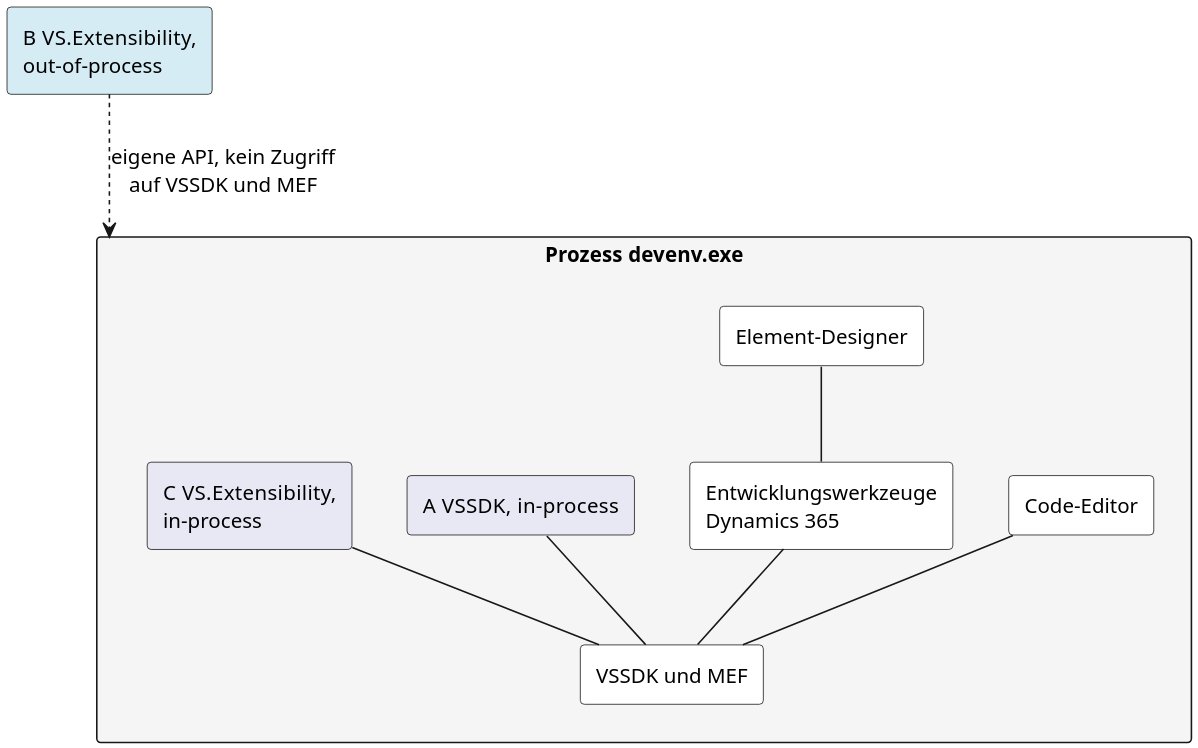
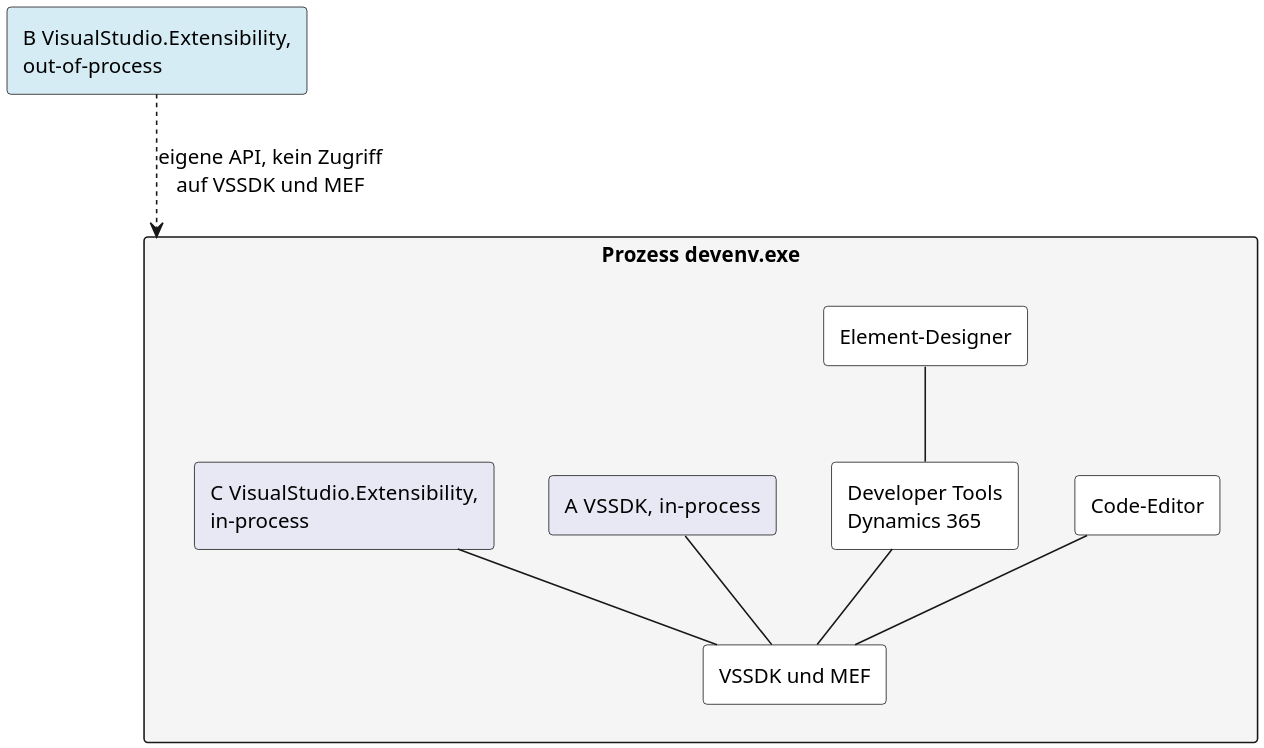
One commit to Adyrem/diploma-label-localization changed the diagram in documentation/diagrams/Extensionmodelle.puml. Above: the diagram before and after it, drawn with PlantUML. The commit also changed 7 other files, not shown here.

```diff
--- a/documentation/diagrams/Extensionmodelle.puml
+++ b/documentation/diagrams/Extensionmodelle.puml
@@ -1,33 +1,33 @@
 @startuml
 ' Prozessgrenze der drei Extension-Modelle aus V4.
 ' Zeigt, warum der Betrieb ausserhalb des Prozesses den Zugriff
 ' auf VSSDK und MEF ausschliesst.
 ' Rendern: plantuml -tpng -charset UTF-8 Extensionmodelle.puml
 ' Höhere Auflösung, damit das Bild im PDF scharf bleibt.
 skinparam dpi 240
 
 skinparam defaultFontSize 13
 skinparam componentStyle rectangle
 skinparam rectangleBackgroundColor White
 skinparam componentBackgroundColor White
 
 rectangle "Prozess devenv.exe" as proc #F5F5F5 {
   component "Code-Editor" as editor
   component "Element-Designer" as designer
   component "VSSDK und MEF" as sdk
-  component "Entwicklungswerkzeuge\nDynamics 365" as d365
+  component "Developer Tools\nDynamics 365" as d365
   component "A  VSSDK, in-process" as a #E8E8F5
-  component "C  VS.Extensibility,\nin-process" as c #E8E8F5
+  component "C  VisualStudio.Extensibility,\nin-process" as c #E8E8F5
 }
 
-component "B  VS.Extensibility,\nout-of-process" as b #D6ECF5
+component "B  VisualStudio.Extensibility,\nout-of-process" as b #D6ECF5
 
 editor -- sdk
 designer -- d365
 d365 -- sdk
 
 a -- sdk
 c -- sdk
 b ..> proc : eigene API, kein Zugriff\nauf VSSDK und MEF
 
 @enduml
```
